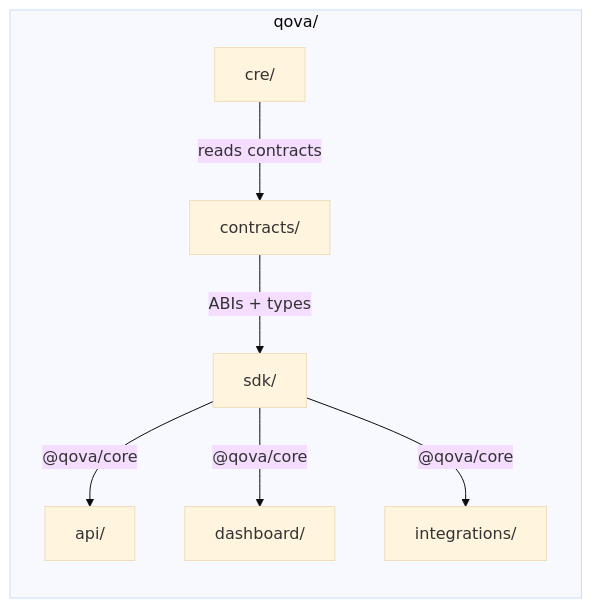
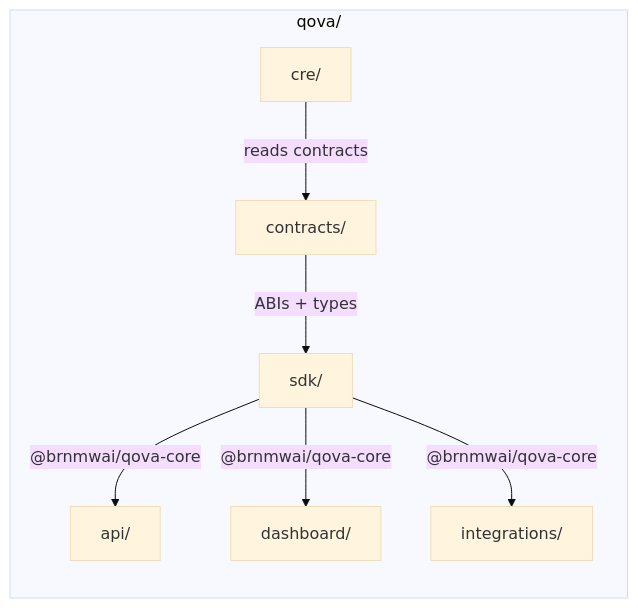
The third of 6 diagrams in README.md (brn-mwai/qova), drawn with Mermaid (base theme) before and after one commit. The commit also changed other lines of this file and 43 other files, not shown here.

First line of the commit message:
chore: rename SDK package from @qova/core to @brnmwai/qova-core

````diff
--- a/README.md
+++ b/README.md
@@ -200,17 +197,17 @@
 ```mermaid
 graph LR
     subgraph Monorepo["qova/"]
         C["contracts/"]
         S["sdk/"]
         A["api/"]
         D["dashboard/"]
         CR["cre/"]
         I["integrations/"]
     end
 
     C -->|"ABIs + types"| S
-    S -->|"@qova/core"| A
-    S -->|"@qova/core"| D
-    S -->|"@qova/core"| I
+    S -->|"@brnmwai/qova-core"| A
+    S -->|"@brnmwai/qova-core"| D
+    S -->|"@brnmwai/qova-core"| I
     CR -->|"reads contracts"| C
 ```
````
